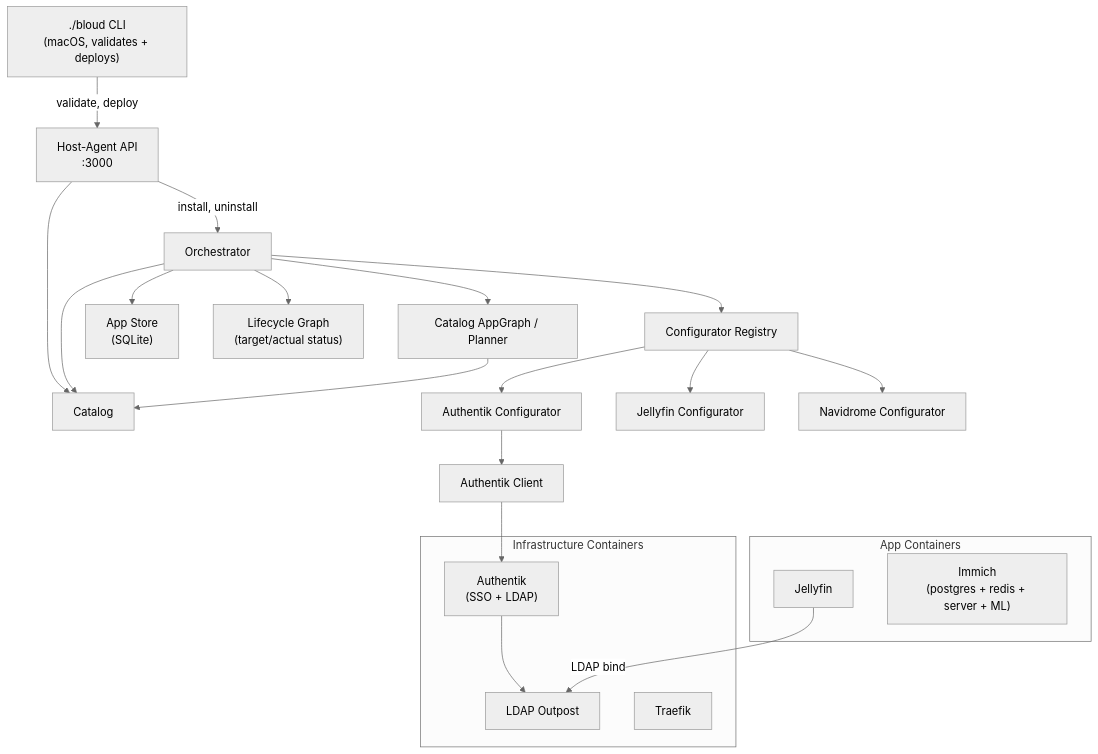
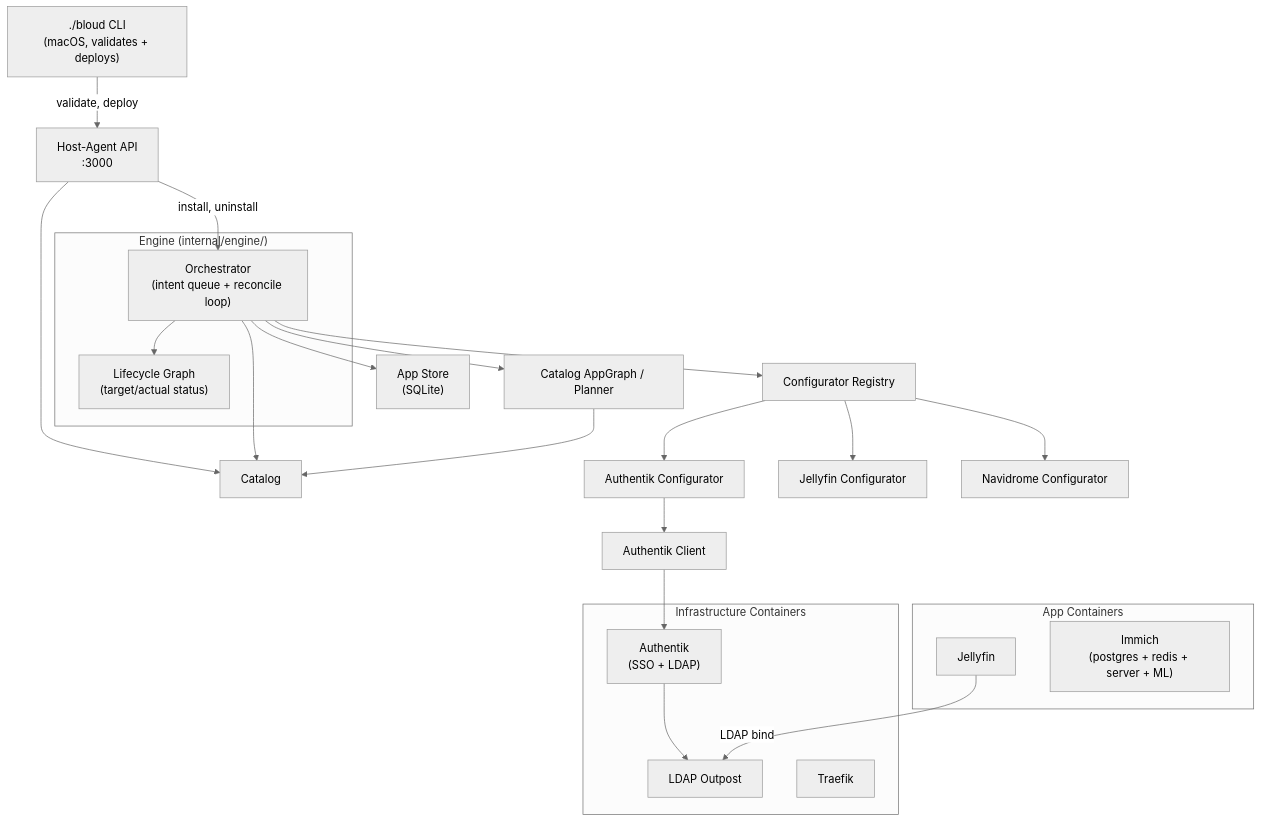
The diagram in docs/architecture/overview.md (d-buckner/bloud), drawn with Mermaid (neutral theme) before and after one commit. The commit also changed other lines of this file and 80 other files, not shown here.

````diff
--- a/docs/architecture/overview.md
+++ b/docs/architecture/overview.md
@@ -14,44 +21,47 @@
 ```mermaid
 graph TD
     CLI["./bloud CLI<br/>(macOS, validates + deploys)"]
     API["Host-Agent API<br/>:3000"]
     CAT["Catalog"]
-    ORC["Orchestrator"]
     PLAN["Catalog AppGraph / Planner"]
     REG["Configurator Registry"]
     AK_CFG["Authentik Configurator"]
     JF_CFG["Jellyfin Configurator"]
     NM_CFG["Navidrome Configurator"]
     AK_CLIENT["Authentik Client"]
     STORE["App Store<br/>(SQLite)"]
-    GRAPH["Lifecycle Graph<br/>(target/actual status)"]
+
+    subgraph ENG["Engine (internal/engine/)"]
+        ORC["Orchestrator<br/>(intent queue + reconcile loop)"]
+        GRAPH["Lifecycle Graph<br/>(target/actual status)"]
+    end
 
     CLI -->|validate, deploy| API
     API -->|install, uninstall| ORC
     API --> CAT
     ORC --> REG
     ORC --> PLAN
     ORC --> STORE
     ORC --> CAT
     ORC --> GRAPH
     PLAN --> CAT
     REG --> AK_CFG
     REG --> JF_CFG
     REG --> NM_CFG
     AK_CFG --> AK_CLIENT
 
     subgraph "Infrastructure Containers"
         AK["Authentik<br/>(SSO + LDAP)"]
         LDAP["LDAP Outpost"]
         TR["Traefik"]
     end
 
     subgraph "App Containers"
         JF["Jellyfin"]
         IM["Immich<br/>(postgres + redis + server + ML)"]
     end
 
     AK_CLIENT --> AK
     AK --> LDAP
     JF -->|LDAP bind| LDAP
 ```
````
